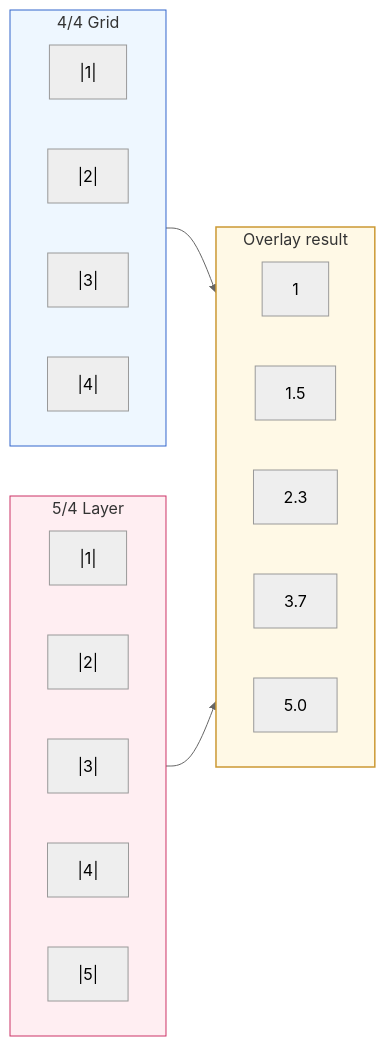
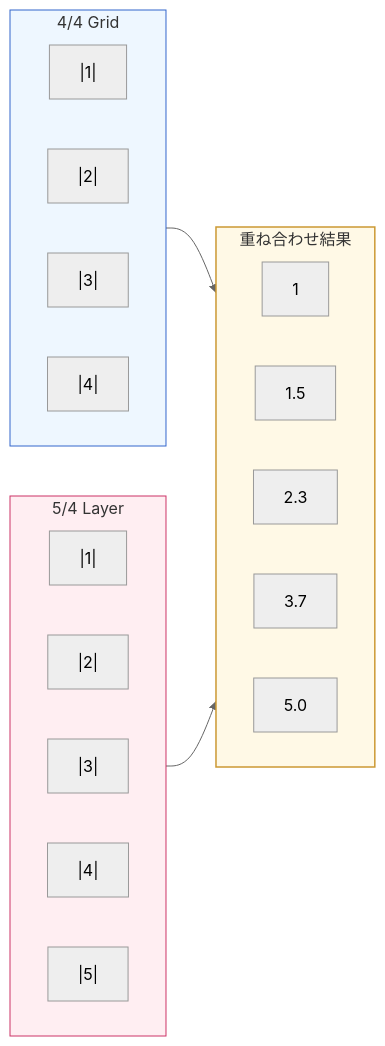
The sixth of 7 diagrams in en/_posts/2025-10-24-column-aphex_twin_evolution.md (monumental-movement/monumental-movement.github.io), drawn with Mermaid (neutral theme) before and after one commit. The commit also changed other lines of this file and 214 other files, not shown here.

```diff
--- a/en/_posts/2025-10-24-column-aphex_twin_evolution.md
+++ b/en/_posts/2025-10-24-column-aphex_twin_evolution.md
@@ -385,37 +385,37 @@
 <div class="mermaid">
 
 graph LR
     subgraph EVEN["4/4 Grid"]
         direction LR
         E1["|1|"]
         E2["|2|"]
         E3["|3|"]
         E4["|4|"]
     end
 
     subgraph ODD["5/4 Layer"]
         direction LR
         O1["|1|"]
         O2["|2|"]
         O3["|3|"]
         O4["|4|"]
         O5["|5|"]
     end
 
-    subgraph RESULT["Overlay result"]
+    subgraph RESULT["重ね合わせ結果"]
         direction LR
         R1["1"]
         R2["1.5"]
         R3["2.3"]
         R4["3.7"]
         R5["5.0"]
     end
 
     EVEN --> RESULT
     ODD --> RESULT
 
     style EVEN fill:#eef7ff,stroke:#3366cc,stroke-width:1px
     style ODD fill:#ffeef2,stroke:#cc3366,stroke-width:1px
     style RESULT fill:#fff9e6,stroke:#cc9933,stroke-width:1.5px
 
 </div>
```
